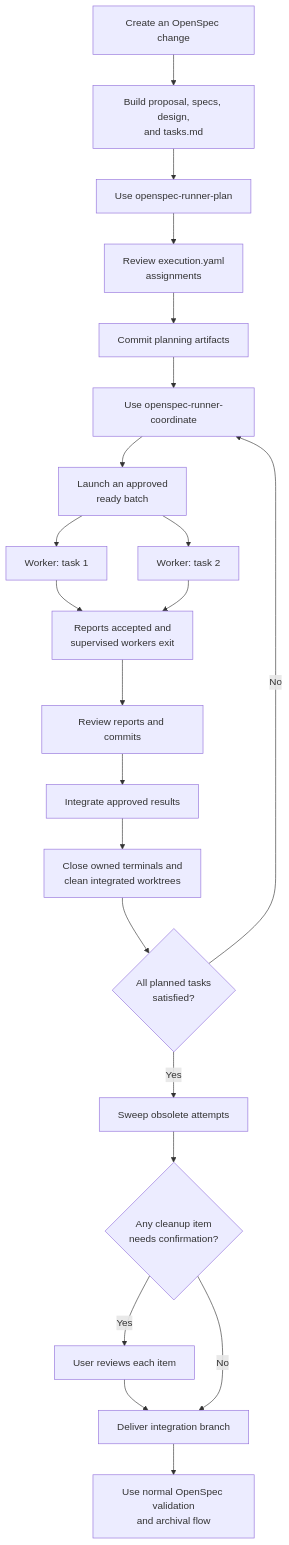
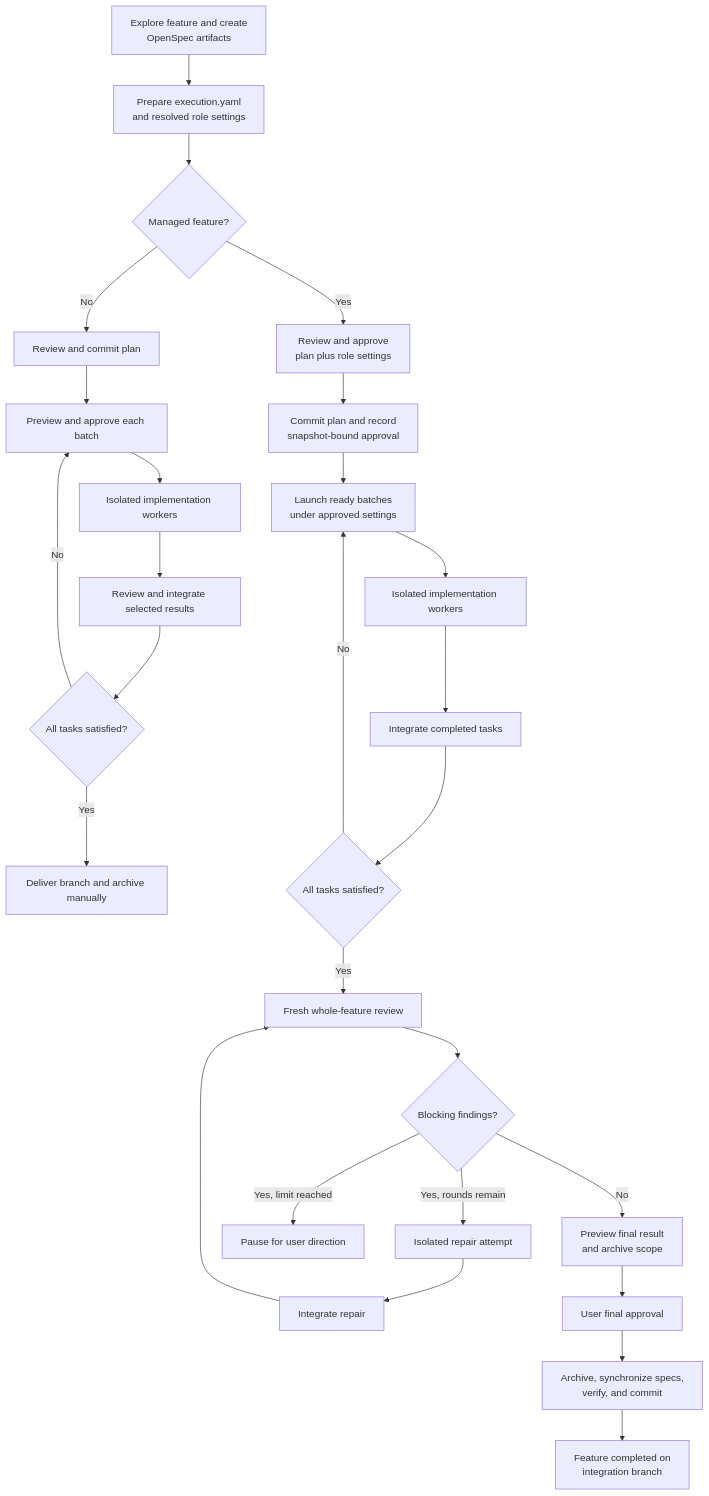
Before and after one commit to vfedoriv/openspec-runner: the first of 5 diagrams in README.md, drawn with Mermaid. The commit also changed other lines of this file, not shown here.

````diff
--- a/README.md
+++ b/README.md
@@ -67,24 +71,31 @@
 ```mermaid
 flowchart TB
-    A[Create an OpenSpec change] --> B[Build proposal, specs, design,<br/>and tasks.md]
-    B --> C[Use openspec-runner-plan]
-    C --> D[Review execution.yaml<br/>assignments]
-    D --> E[Commit planning artifacts]
-    E --> F[Use openspec-runner-coordinate]
-    F --> G[Launch an approved<br/>ready batch]
-    G --> H1[Worker: task 1]
-    G --> H2[Worker: task 2]
-    H1 --> X[Reports accepted and<br/>supervised workers exit]
-    H2 --> X
-    X --> I[Review reports and commits]
-    I --> J[Integrate approved results]
-    J --> N[Close owned terminals and<br/>clean integrated worktrees]
-    N --> K{All planned tasks<br/>satisfied?}
-    K -- No --> F
-    K -- Yes --> O[Sweep obsolete attempts]
-    O --> Q{Any cleanup item<br/>needs confirmation?}
-    Q -- Yes --> R[User reviews each item]
-    R --> L[Deliver integration branch]
-    Q -- No --> L
-    L --> M[Use normal OpenSpec validation<br/>and archival flow]
+    A[Explore feature and create<br/>OpenSpec artifacts] --> B[Prepare execution.yaml<br/>and resolved role settings]
+    B --> C{Managed feature?}
+
+    C -- No --> U1[Review and commit plan]
+    U1 --> U2[Preview and approve each batch]
+    U2 --> UW[Isolated implementation workers]
+    UW --> U3[Review and integrate selected results]
+    U3 --> U4{All tasks satisfied?}
+    U4 -- No --> U2
+    U4 -- Yes --> U5[Deliver branch and archive manually]
+
+    C -- Yes --> M1[Review and approve<br/>plan plus role settings]
+    M1 --> M2[Commit plan and record<br/>snapshot-bound approval]
+    M2 --> M3[Launch ready batches<br/>under approved settings]
+    M3 --> MW[Isolated implementation workers]
+    MW --> M4[Integrate completed tasks]
+    M4 --> M5{All tasks satisfied?}
+    M5 -- No --> M3
+    M5 -- Yes --> M6[Fresh whole-feature review]
+    M6 --> M7{Blocking findings?}
+    M7 -- Yes, rounds remain --> M8[Isolated repair attempt]
+    M8 --> M9[Integrate repair]
+    M9 --> M6
+    M7 -- Yes, limit reached --> M10[Pause for user direction]
+    M7 -- No --> M11[Preview final result<br/>and archive scope]
+    M11 --> M12[User final approval]
+    M12 --> M13[Archive, synchronize specs,<br/>verify, and commit]
+    M13 --> M14[Feature completed on<br/>integration branch]
 ```
````
